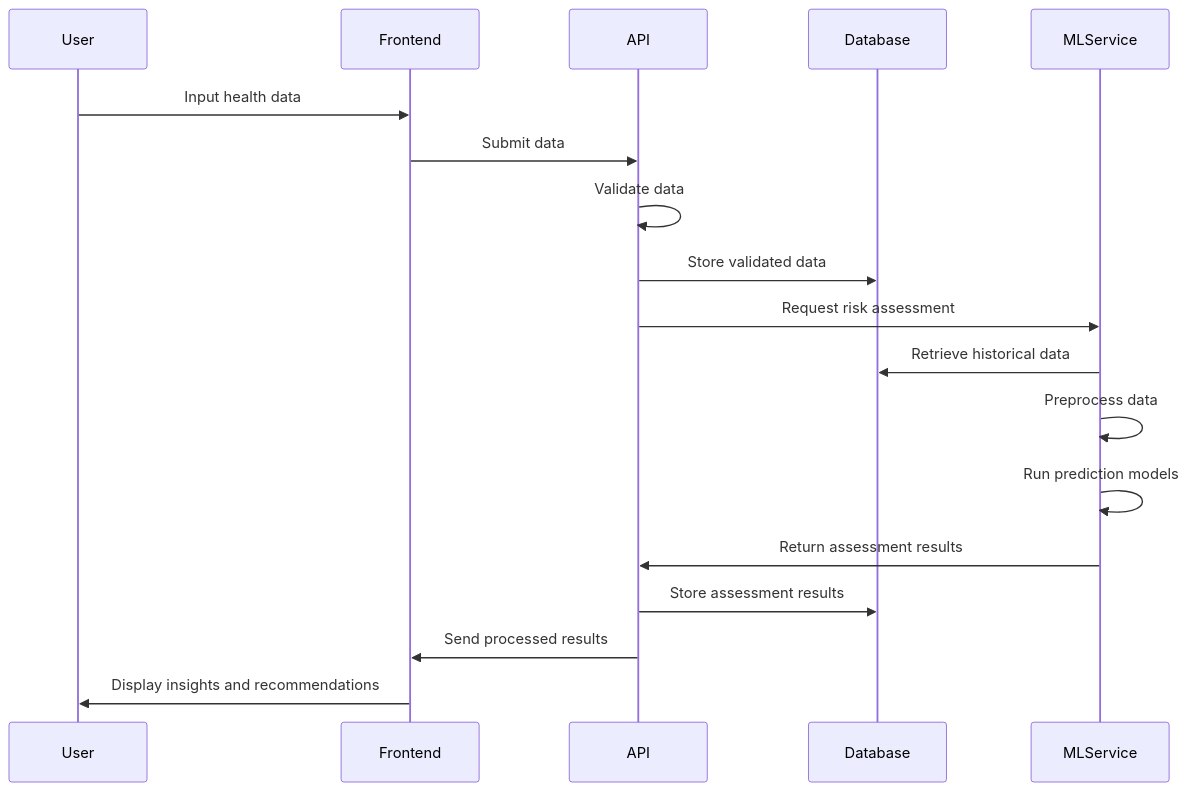
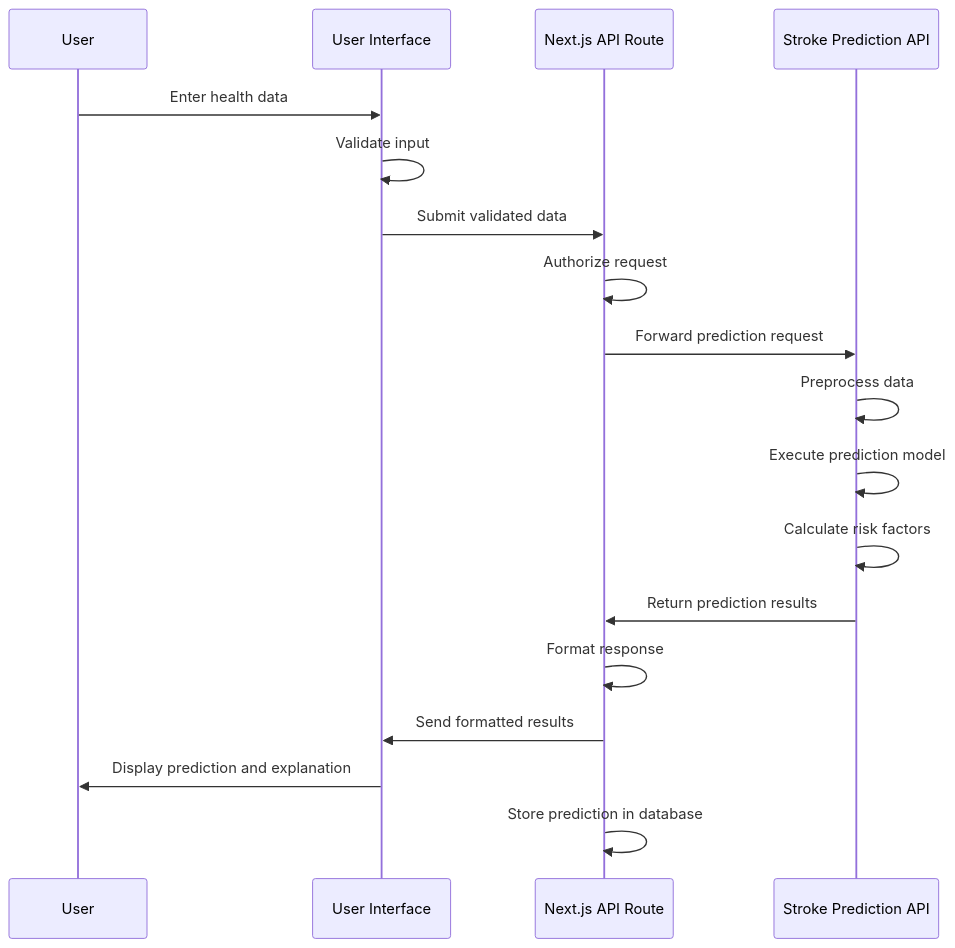
Before and after one commit to AbdullahSaeed1211/temp: the seventh of 15 diagrams in README.md, drawn with Mermaid. The commit also changed other lines of this file, not shown here.

````diff
--- a/README.md
+++ b/README.md
@@ -583,21 +1376,21 @@
 ```mermaid
 sequenceDiagram
     participant User
-    participant Frontend
-    participant API
-    participant Database
-    participant MLService
+    participant UI as User Interface
+    participant API as Next.js API Route
+    participant ML as Stroke Prediction API
     
-    User->>Frontend: Input health data
-    Frontend->>API: Submit data
-    API->>API: Validate data
-    API->>Database: Store validated data
-    API->>MLService: Request risk assessment
-    MLService->>Database: Retrieve historical data
-    MLService->>MLService: Preprocess data
-    MLService->>MLService: Run prediction models
-    MLService->>API: Return assessment results
-    API->>Database: Store assessment results
-    API->>Frontend: Send processed results
-    Frontend->>User: Display insights and recommendations
+    User->>UI: Enter health data
+    UI->>UI: Validate input
+    UI->>API: Submit validated data
+    API->>API: Authorize request
+    API->>ML: Forward prediction request
+    ML->>ML: Preprocess data
+    ML->>ML: Execute prediction model
+    ML->>ML: Calculate risk factors
+    ML->>API: Return prediction results
+    API->>API: Format response
+    API->>UI: Send formatted results
+    UI->>User: Display prediction and explanation
+    API->>API: Store prediction in database
 ```
````
